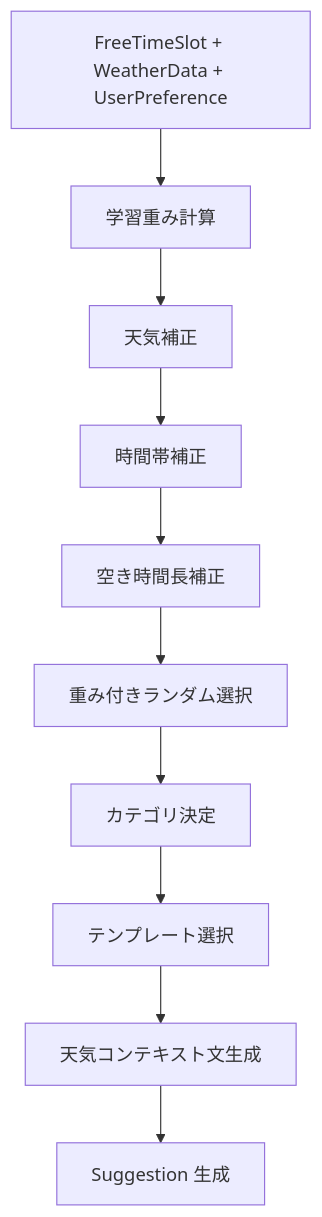
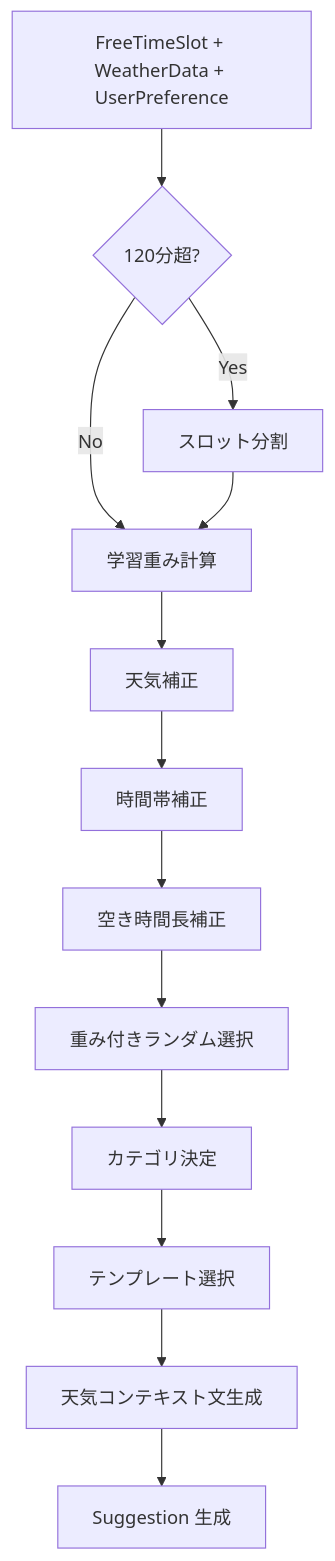
Before and after one commit to Ken-Miyamura/serendipity-planner: the diagram in docs/architecture/suggestion-algorithm.md, drawn with Mermaid. The commit also changed other lines of this file and 3 other files, not shown here.

````diff
--- a/docs/architecture/suggestion-algorithm.md
+++ b/docs/architecture/suggestion-algorithm.md
@@ -5,12 +5,15 @@
 ```mermaid
 graph TD
-    A[FreeTimeSlot + WeatherData + UserPreference] --> B[学習重み計算]
+    A[FreeTimeSlot + WeatherData + UserPreference] --> SP{120分超?}
+    SP -->|Yes| SL[スロット分割]
+    SP -->|No| B
+    SL --> B[学習重み計算]
     B --> C[天気補正]
     C --> D[時間帯補正]
     D --> E[空き時間長補正]
     E --> F[重み付きランダム選択]
     F --> G[カテゴリ決定]
     G --> H[テンプレート選択]
     H --> I[天気コンテキスト文生成]
     I --> J[Suggestion 生成]
 ```
````
